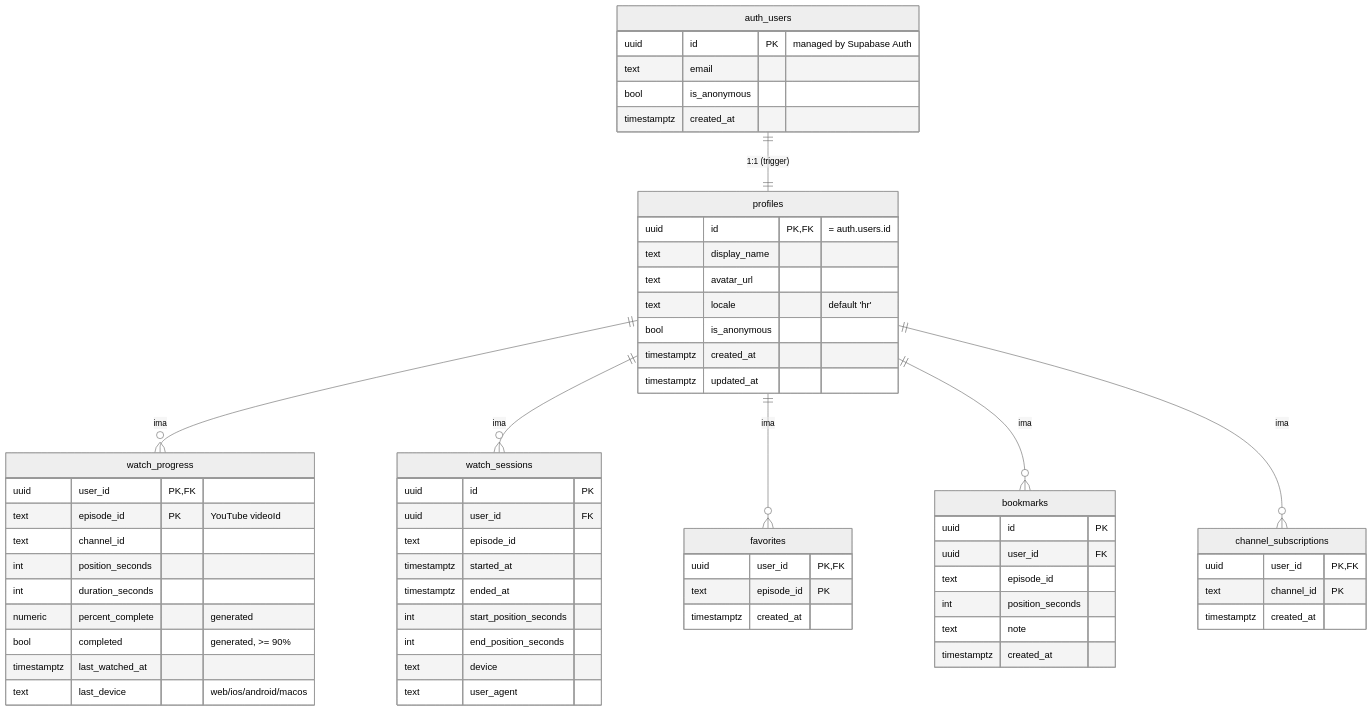
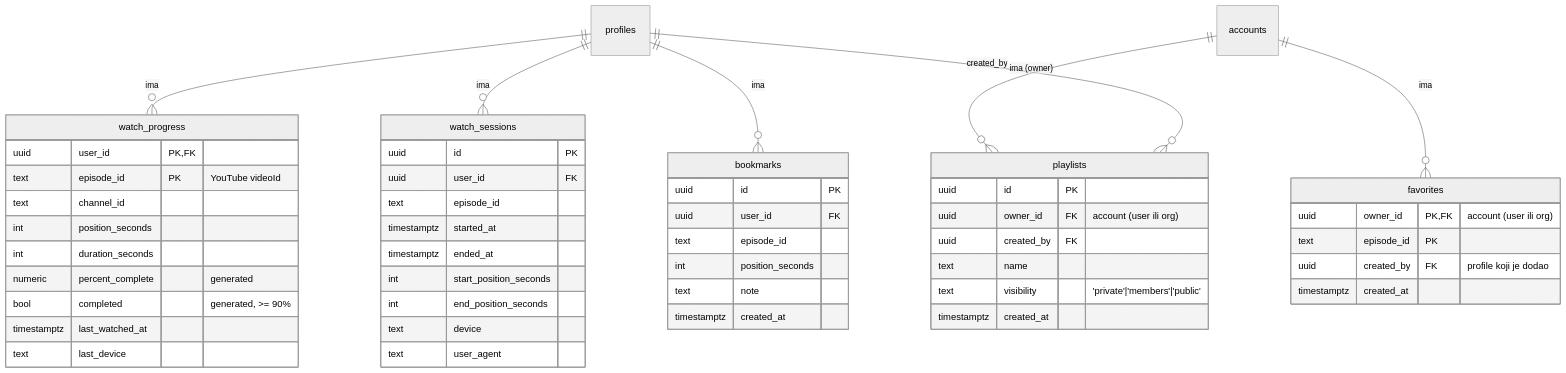
One commit to domovinatv/ai.domovina.tv changed the third of 13 diagrams in docs/auth-and-database-plan.md. Above: the diagram before and after it, drawn with Mermaid (neutral theme). The commit also changed other lines of this file, not shown here.

First line of the commit message:
docs(auth): v2 — GitHub-style accounts/orgs + Supabase best practices

````diff
--- a/docs/auth-and-database-plan.md
+++ b/docs/auth-and-database-plan.md
@@ -101,71 +325,58 @@
 ```mermaid
 erDiagram
-    auth_users ||--|| profiles : "1:1 (trigger)"
     profiles ||--o{ watch_progress : "ima"
     profiles ||--o{ watch_sessions : "ima"
-    profiles ||--o{ favorites : "ima"
     profiles ||--o{ bookmarks : "ima"
-    profiles ||--o{ channel_subscriptions : "ima"
-
-    auth_users {
-        uuid id PK "managed by Supabase Auth"
-        text email
-        bool is_anonymous
-        timestamptz created_at
-    }
-
-    profiles {
-        uuid id PK,FK "= auth.users.id"
-        text display_name
-        text avatar_url
-        text locale "default 'hr'"
-        bool is_anonymous
-        timestamptz created_at
-        timestamptz updated_at
-    }
+    accounts ||--o{ favorites : "ima"
+    accounts ||--o{ playlists : "ima (owner)"
+    profiles ||--o{ playlists : "created_by"
 
     watch_progress {
         uuid user_id PK,FK
         text episode_id PK "YouTube videoId"
         text channel_id
         int position_seconds
         int duration_seconds
         numeric percent_complete "generated"
         bool completed "generated, >= 90%"
         timestamptz last_watched_at
-        text last_device "web/ios/android/macos"
+        text last_device
     }
 
     watch_sessions {
         uuid id PK
         uuid user_id FK
         text episode_id
         timestamptz started_at
         timestamptz ended_at
         int start_position_seconds
         int end_position_seconds
         text device
         text user_agent
     }
 
-    favorites {
-        uuid user_id PK,FK
-        text episode_id PK
-        timestamptz created_at
-    }
-
     bookmarks {
         uuid id PK
         uuid user_id FK
         text episode_id
         int position_seconds
         text note
         timestamptz created_at
     }
 
-    channel_subscriptions {
-        uuid user_id PK,FK
-        text channel_id PK
+    favorites {
+        uuid owner_id PK,FK "account (user ili org)"
+        text episode_id PK
+        uuid created_by FK "profile koji je dodao"
+        timestamptz created_at
+    }
+
+    playlists {
+        uuid id PK
+        uuid owner_id FK "account (user ili org)"
+        uuid created_by FK
+        text name
+        text visibility "'private'|'members'|'public'"
         timestamptz created_at
     }
 ```
````
